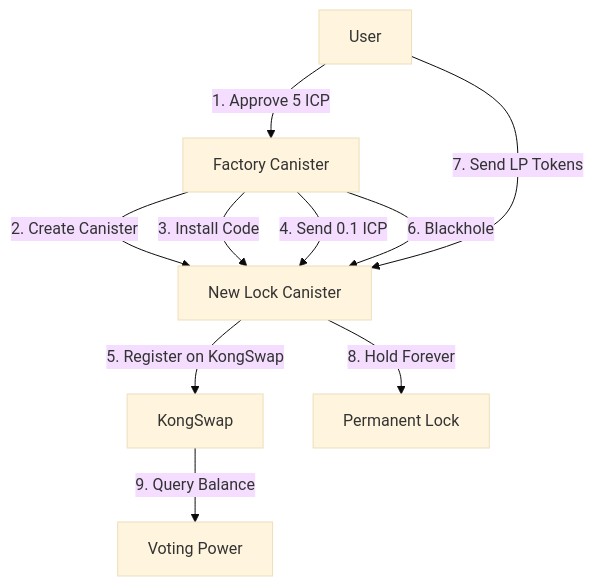
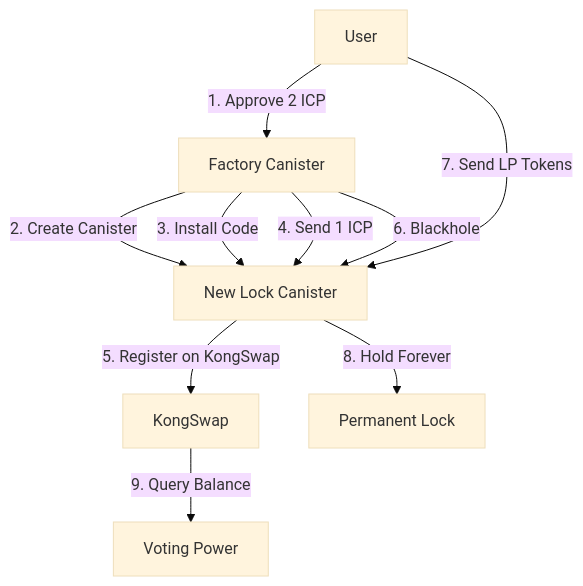
The diagram in src/kong_locker/CODEBASE_OVERVIEW.md (AlexandriaDAO/daopad), drawn with Mermaid (base theme) before and after one commit. The commit also changed other lines of this file and 56 other files, not shown here.

````diff
--- a/src/kong_locker/CODEBASE_OVERVIEW.md
+++ b/src/kong_locker/CODEBASE_OVERVIEW.md
@@ -127,12 +127,12 @@
 ```mermaid
 graph TD
-    A[User] -->|1. Approve 5 ICP| B[Factory Canister]
+    A[User] -->|1. Approve 2 ICP| B[Factory Canister]
     B -->|2. Create Canister| C[New Lock Canister]
     B -->|3. Install Code| C
-    B -->|4. Send 0.1 ICP| C
+    B -->|4. Send 1 ICP| C
     C -->|5. Register on KongSwap| D[KongSwap]
     B -->|6. Blackhole| C
     A -->|7. Send LP Tokens| C
     C -->|8. Hold Forever| E[Permanent Lock]
     D -->|9. Query Balance| F[Voting Power]
 ```
````
